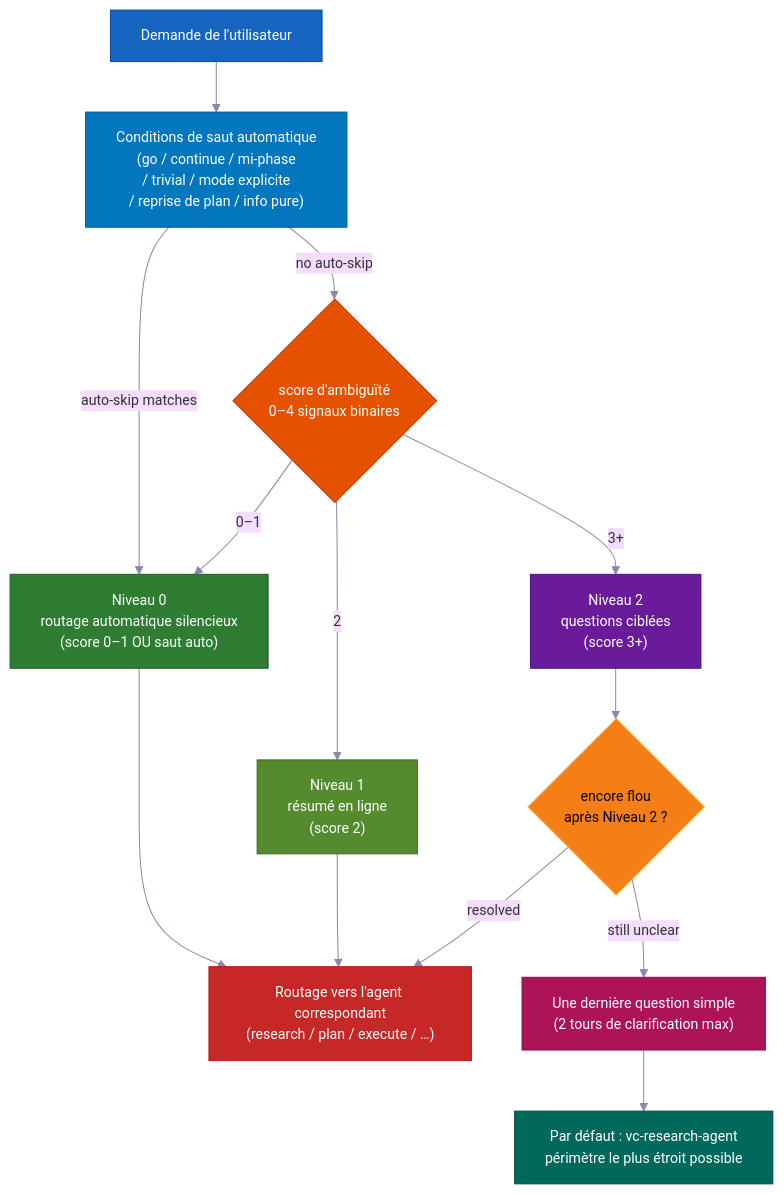
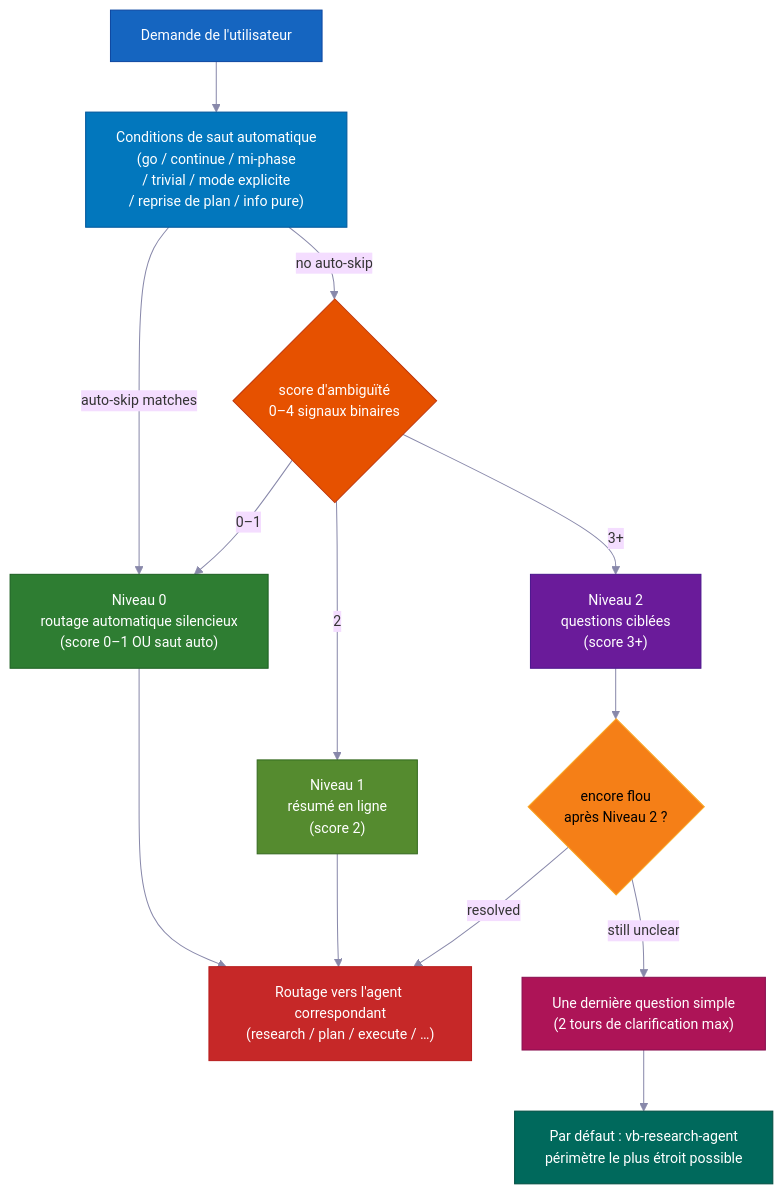
Before and after one commit to Tomwakeupat530amm/vibebelt-kit: the fourth of 14 diagrams in docs/i18n/README.fr.md, drawn with Mermaid. The commit also changed other lines of this file and 646 other files, not shown here.

````diff
--- a/docs/i18n/README.fr.md
+++ b/docs/i18n/README.fr.md
@@ -691,37 +691,37 @@
 ```mermaid
 %%{init: {'theme': 'base', 'themeVariables': {'fontSize': '14px', 'lineColor': '#8888AA'}} }%%
 flowchart TD
     REQ["Demande de l'utilisateur"]
     SCORE{"score d'ambiguïté\n0–4 signaux binaires"}
     AUTO["Conditions de saut automatique\n(go / continue / mi-phase\n/ trivial / mode explicite\n/ reprise de plan / info pure)"]
     T0["Niveau 0\nroutage automatique silencieux\n(score 0–1 OU saut auto)"]
     T1["Niveau 1\nrésumé en ligne\n(score 2)"]
     T2["Niveau 2\nquestions ciblées\n(score 3+)"]
     ROUTE["Routage vers l'agent correspondant\n(research / plan / execute / …)"]
     STILL{"encore flou\naprès Niveau 2 ?"}
     FINAL["Une dernière question simple\n(2 tours de clarification max)"]
-    NARROW["Par défaut : vc-research-agent\npérimètre le plus étroit possible"]
+    NARROW["Par défaut : vb-research-agent\npérimètre le plus étroit possible"]
 
     REQ --> AUTO
     AUTO -->|"auto-skip matches"| T0
     AUTO -->|"no auto-skip"| SCORE
     SCORE -->|"0–1"| T0
     SCORE -->|"2"| T1
     SCORE -->|"3+"| T2
     T0 --> ROUTE
     T1 --> ROUTE
     T2 --> STILL
     STILL -->|"resolved"| ROUTE
     STILL -->|"still unclear"| FINAL --> NARROW
 
     style REQ fill:#1565C0,stroke:#0D47A1,color:#FFFFFF
     style AUTO fill:#0277BD,stroke:#01579B,color:#FFFFFF
     style SCORE fill:#E65100,stroke:#BF360C,color:#FFFFFF
     style T0 fill:#2E7D32,stroke:#1B5E20,color:#FFFFFF
     style T1 fill:#558B2F,stroke:#33691E,color:#FFFFFF
     style T2 fill:#6A1B9A,stroke:#4A148C,color:#FFFFFF
     style ROUTE fill:#C62828,stroke:#B71C1C,color:#FFFFFF
     style STILL fill:#F57F17,stroke:#F9A825,color:#000000
     style FINAL fill:#AD1457,stroke:#880E4F,color:#FFFFFF
     style NARROW fill:#00695C,stroke:#004D40,color:#FFFFFF
 ```
````
